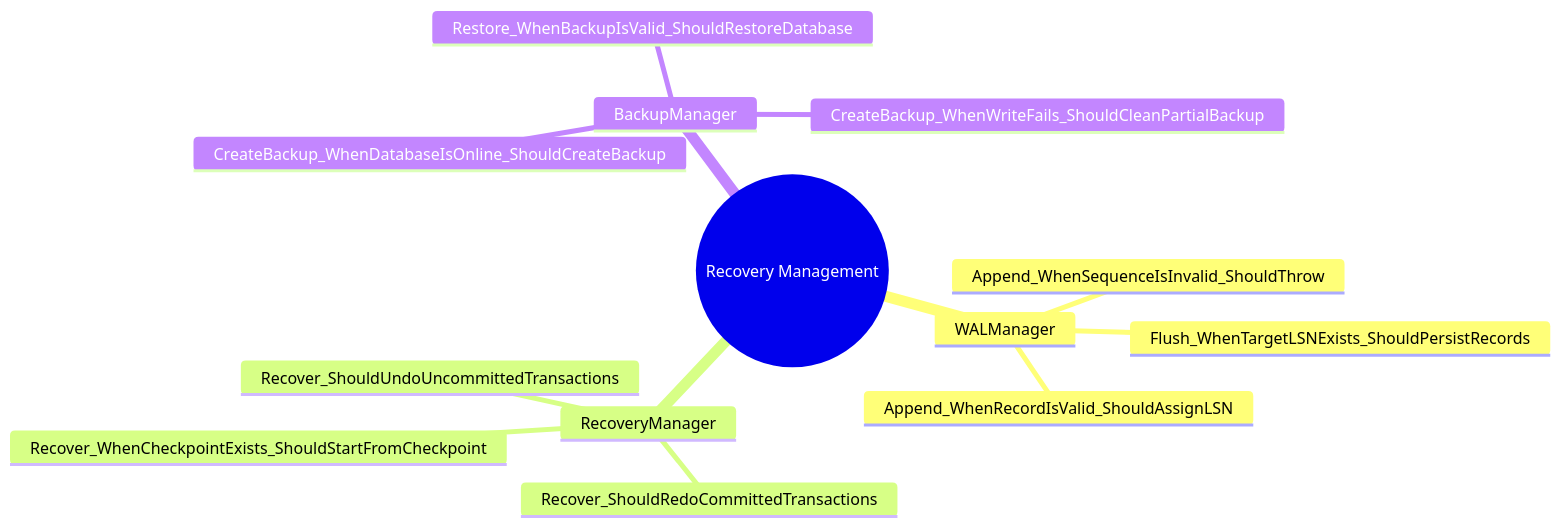
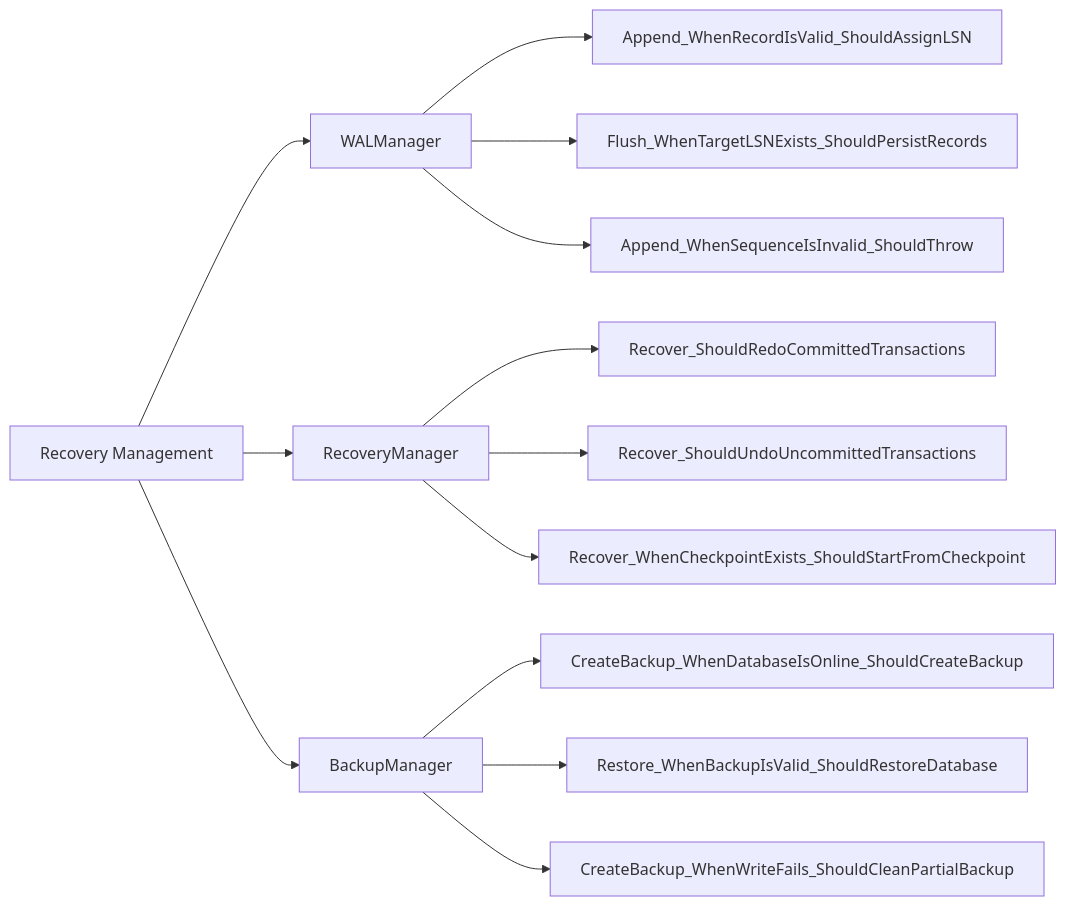
One commit to manaxpow/DBMS changed diagram 15 of 19 in README.md. Above: the diagram before and after it, drawn with Mermaid. The commit also changed other lines of this file and 84 other files, not shown here.

````diff
--- a/README.md
+++ b/README.md
@@ -399,16 +445,17 @@
 ```mermaid
-mindmap
-  root((Recovery Management))
-    WALManager
-      Append_WhenRecordIsValid_ShouldAssignLSN
-      Flush_WhenTargetLSNExists_ShouldPersistRecords
-      Append_WhenSequenceIsInvalid_ShouldThrow
-    RecoveryManager
-      Recover_ShouldRedoCommittedTransactions
-      Recover_ShouldUndoUncommittedTransactions
-      Recover_WhenCheckpointExists_ShouldStartFromCheckpoint
-    BackupManager
-      CreateBackup_WhenDatabaseIsOnline_ShouldCreateBackup
-      Restore_WhenBackupIsValid_ShouldRestoreDatabase
-      CreateBackup_WhenWriteFails_ShouldCleanPartialBackup
+flowchart LR
+    Subsystem[Recovery Management] --> WALManager
+    WALManager --> Append_WhenRecordIsValid_ShouldAssignLSN
+    WALManager --> Flush_WhenTargetLSNExists_ShouldPersistRecords
+    WALManager --> Append_WhenSequenceIsInvalid_ShouldThrow
+    
+    Subsystem --> RecoveryManagerClass[RecoveryManager]
+    RecoveryManagerClass --> Recover_ShouldRedoCommittedTransactions
+    RecoveryManagerClass --> Recover_ShouldUndoUncommittedTransactions
+    RecoveryManagerClass --> Recover_WhenCheckpointExists_ShouldStartFromCheckpoint
+    
+    Subsystem --> BackupManager
+    BackupManager --> CreateBackup_WhenDatabaseIsOnline_ShouldCreateBackup
+    BackupManager --> Restore_WhenBackupIsValid_ShouldRestoreDatabase
+    BackupManager --> CreateBackup_WhenWriteFails_ShouldCleanPartialBackup
 ```
````
